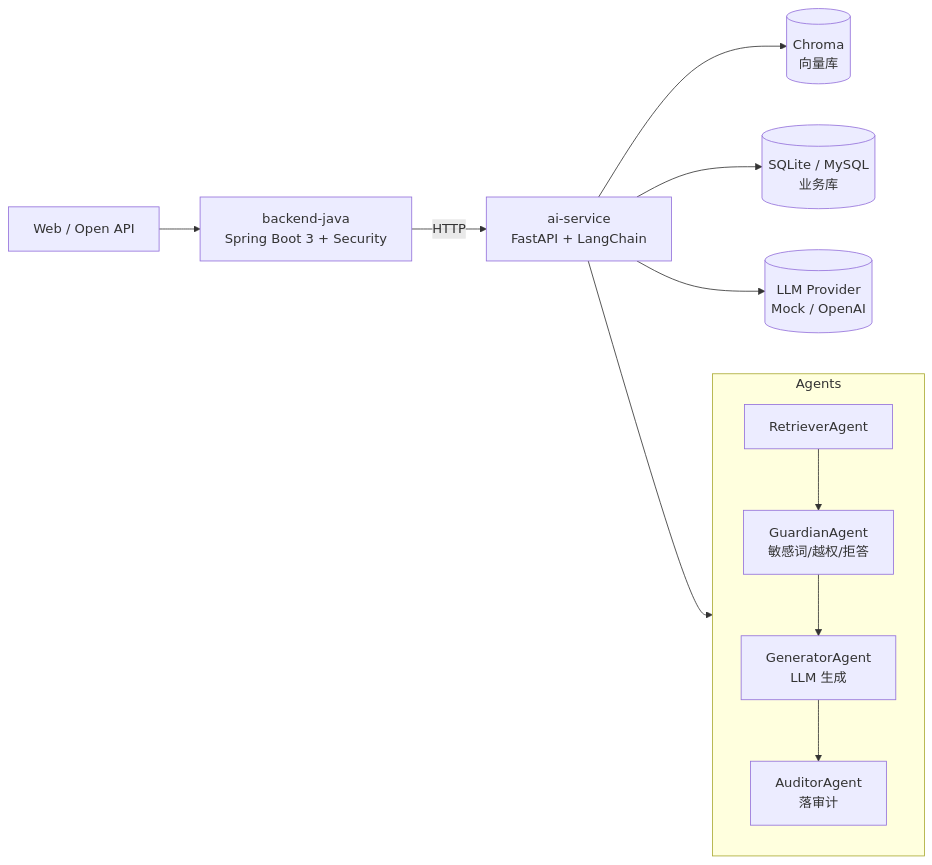
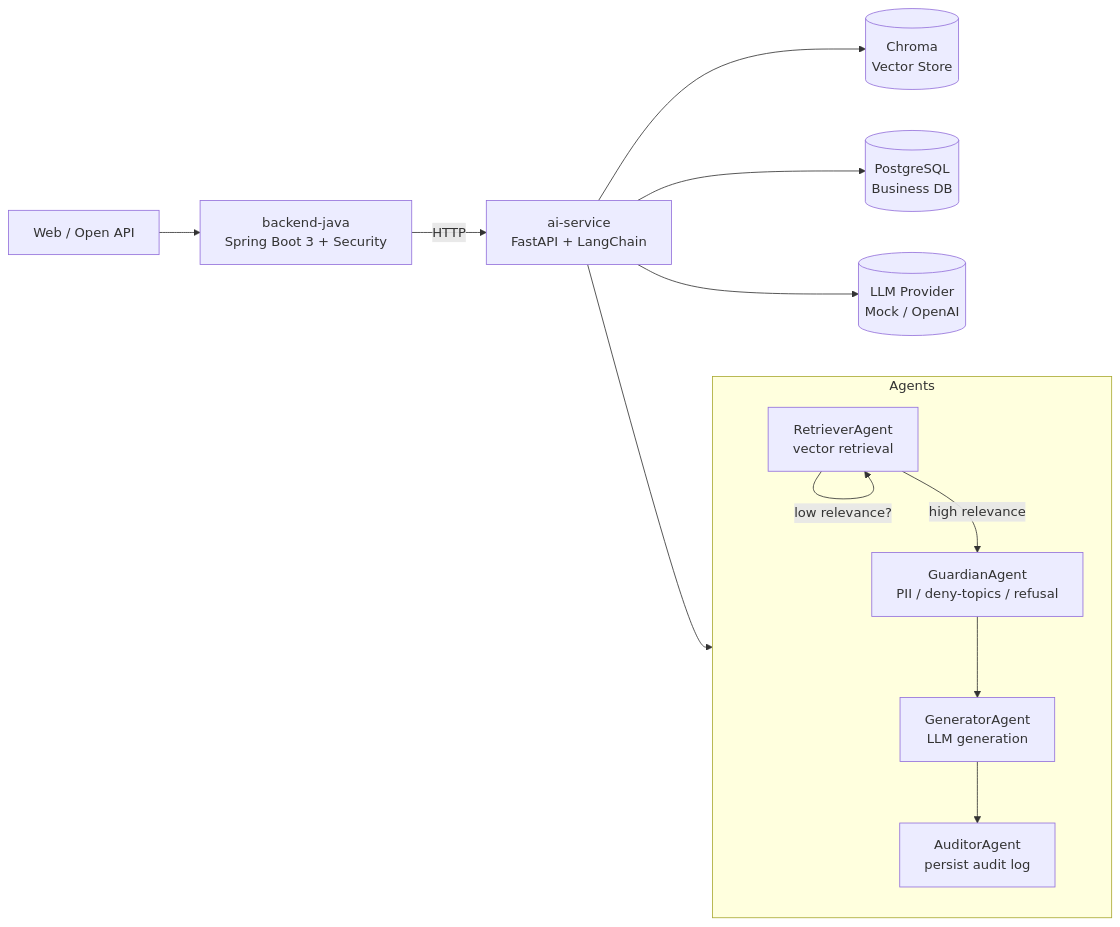
Before and after one commit to linickl1417-hub/ragenthub: the diagram in README.md, drawn with Mermaid. The commit also changed other lines of this file and 41 other files, not shown here.

````diff
--- a/README.md
+++ b/README.md
@@ -32,16 +33,17 @@
 ```mermaid
 flowchart LR
     U[Web / Open API] --> GW[backend-java<br/>Spring Boot 3 + Security]
     GW -->|HTTP| AI[ai-service<br/>FastAPI + LangChain]
 
     subgraph Agents
-      R[RetrieverAgent] --> G[GuardianAgent<br/>敏感词/越权/拒答]
-      G --> Gen[GeneratorAgent<br/>LLM 生成]
-      Gen --> A[AuditorAgent<br/>落审计]
+      R[RetrieverAgent<br/>vector retrieval] -->|low relevance?| R
+      R -->|high relevance| G[GuardianAgent<br/>PII / deny-topics / refusal]
+      G --> Gen[GeneratorAgent<br/>LLM generation]
+      Gen --> A[AuditorAgent<br/>persist audit log]
     end
 
     AI --> Agents
-    AI --> V[(Chroma<br/>向量库)]
-    AI --> DB[(SQLite / MySQL<br/>业务库)]
+    AI --> V[(Chroma<br/>Vector Store)]
+    AI --> DB[(PostgreSQL<br/>Business DB)]
     AI --> LLM[(LLM Provider<br/>Mock / OpenAI)]
 ```
````
